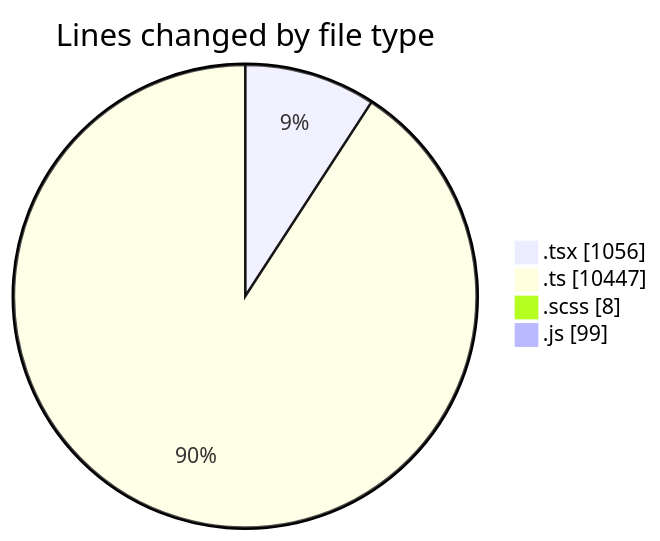
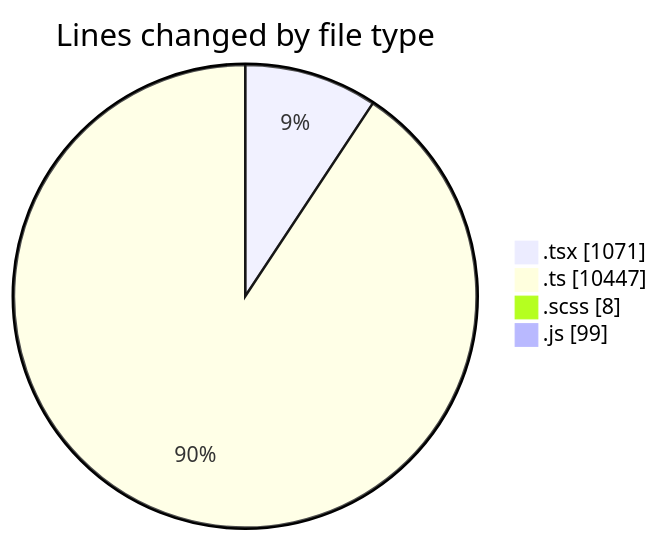
One commit to momahboobian/code-tracking changed the first of 2 diagrams in 2025-03-26/cda/README.md. Above: the diagram before and after it, drawn with Mermaid. The commit also changed other lines of this file and 1 other file, not shown here.

````diff
--- a/2025-03-26/cda/README.md
+++ b/2025-03-26/cda/README.md
@@ -41,8 +41,8 @@
 ```mermaid
 pie showData
 title Lines changed by file type
-".tsx" : 1056
+".tsx" : 1071
 ".ts" : 10447
 ".scss" : 8
 ".js" : 99
 ```
````
